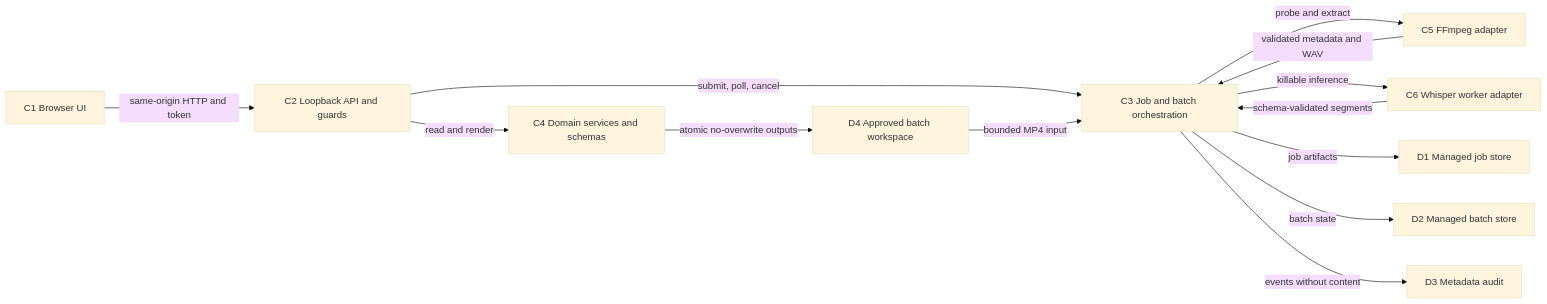
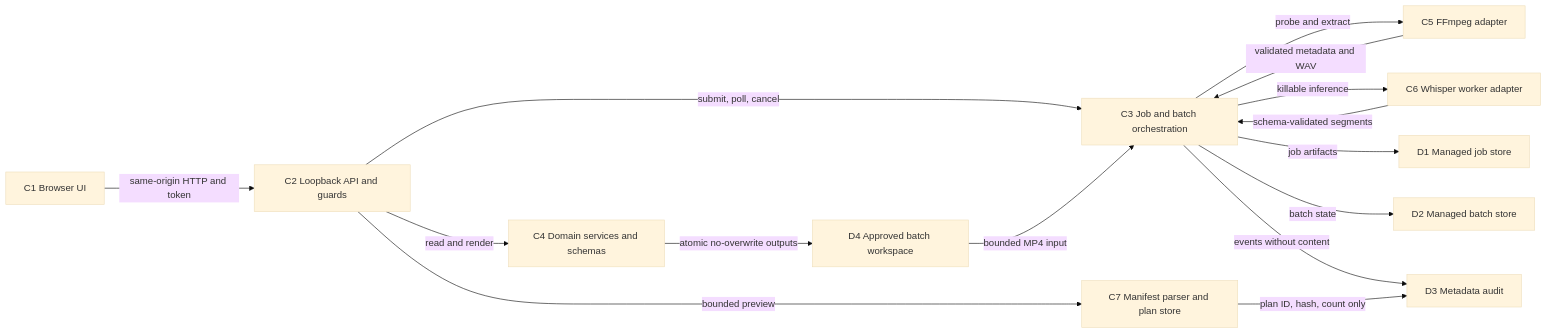
Before and after one commit to muammarlone/Verbatim: the diagram in diagrams/l2-container-architecture.mmd, drawn with Mermaid (base theme). The commit also changed 41 other files, not shown here.

Commit message:
feat: harden bounded manifest preview intake

```diff
--- a/diagrams/l2-container-architecture.mmd
+++ b/diagrams/l2-container-architecture.mmd
@@ -1,13 +1,15 @@
 graph LR
   UI["C1 Browser UI"] -->|"same-origin HTTP and token"| API["C2 Loopback API and guards"]
   API -->|"submit, poll, cancel"| Orchestrator["C3 Job and batch orchestration"]
   API -->|"read and render"| Domain["C4 Domain services and schemas"]
+  API -->|"bounded preview"| Manifest["C7 Manifest parser and plan store"]
   Orchestrator -->|"probe and extract"| Media["C5 FFmpeg adapter"]
   Orchestrator -->|"killable inference"| Worker["C6 Whisper worker adapter"]
   Orchestrator -->|"job artifacts"| Jobs["D1 Managed job store"]
   Orchestrator -->|"batch state"| Batches["D2 Managed batch store"]
   Orchestrator -->|"events without content"| Audit["D3 Metadata audit"]
   Workspace["D4 Approved batch workspace"] -->|"bounded MP4 input"| Orchestrator
   Domain -->|"atomic no-overwrite outputs"| Workspace
   Media -->|"validated metadata and WAV"| Orchestrator
   Worker -->|"schema-validated segments"| Orchestrator
+  Manifest -->|"plan ID, hash, count only"| Audit
```
